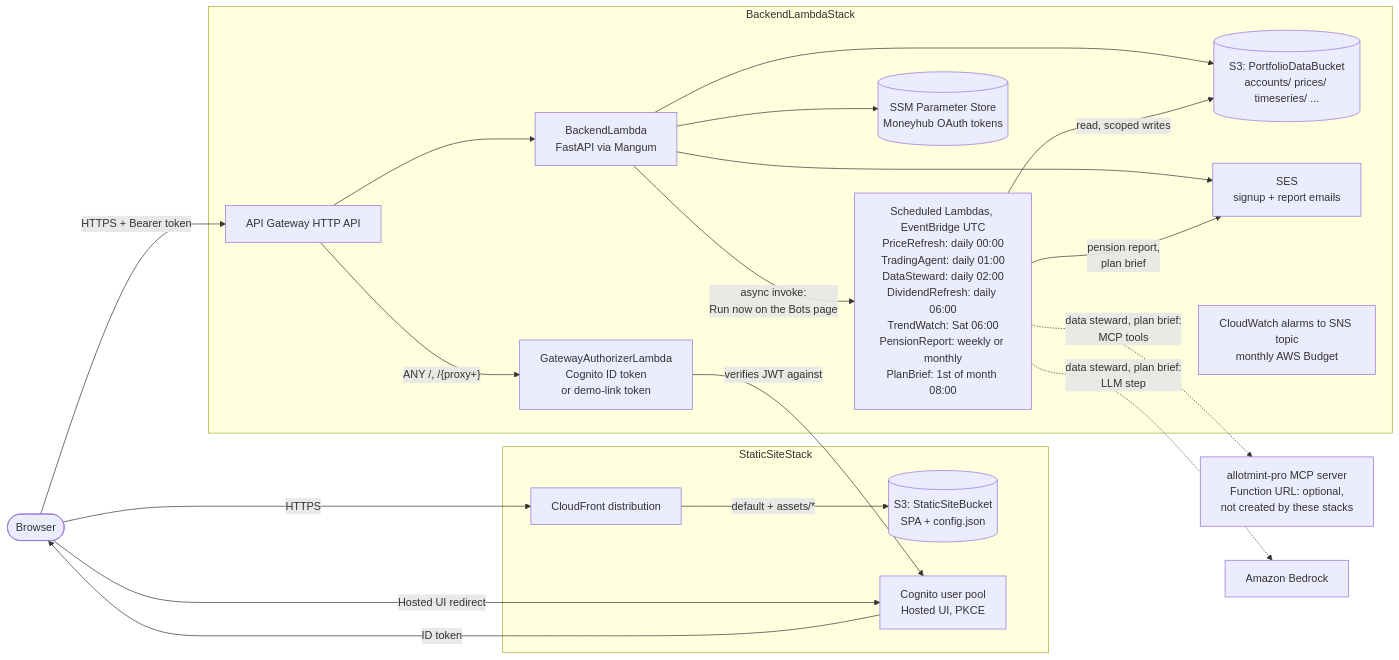
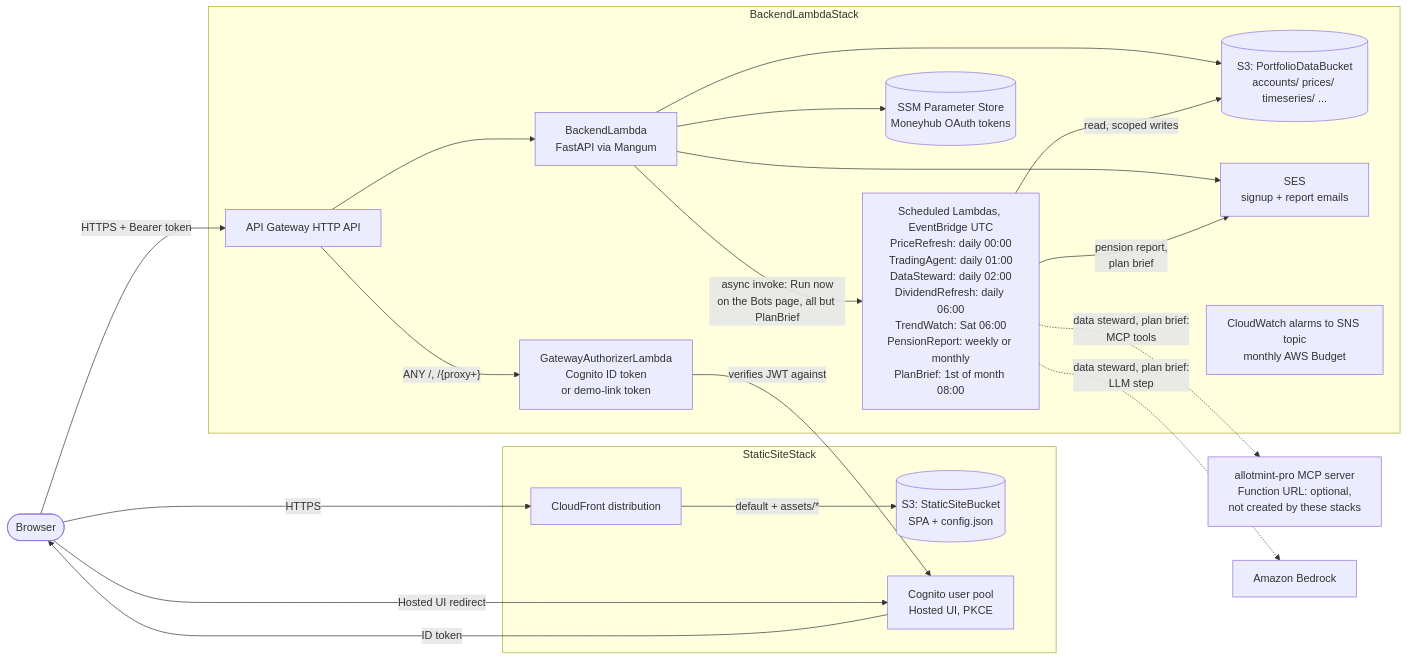
One commit to leonarduk/allotmint changed the third of 4 diagrams in README.md. Above: the diagram before and after it, drawn with Mermaid. The commit also changed other lines of this file, not shown here.

Commit message:
docs(readme): name which bots use MCP and which Lambdas Run now invokes (#10644)
Addresses DeepSeek review on #10648: data steward, trend watch and plan
brief call MCP tools (backend/*/agent.py, data_steward/service.py); Run
now dispatches every scheduled Lambda except PlanBrief
(backend_lambda_stack.py bot_lambdas).

````diff
--- a/README.md
+++ b/README.md
@@ -178,41 +178,41 @@
 ```mermaid
 flowchart LR
     Browser(["Browser"])
 
     subgraph StaticSiteStack["StaticSiteStack"]
         CF["CloudFront distribution"]
         S3Static[("S3: StaticSiteBucket<br/>SPA + config.json")]
         Cognito["Cognito user pool<br/>Hosted UI, PKCE"]
     end
 
     subgraph BackendLambdaStack["BackendLambdaStack"]
         APIGW["API Gateway HTTP API"]
         Authorizer["GatewayAuthorizerLambda<br/>Cognito ID token<br/>or demo-link token"]
         Lambda["BackendLambda<br/>FastAPI via Mangum"]
         Scheduled["Scheduled Lambdas, EventBridge UTC<br/>PriceRefresh: daily 00:00<br/>TradingAgent: daily 01:00<br/>DataSteward: daily 02:00<br/>DividendRefresh: daily 06:00<br/>TrendWatch: Sat 06:00<br/>PensionReport: weekly or monthly<br/>PlanBrief: 1st of month 08:00"]
         S3Data[("S3: PortfolioDataBucket<br/>accounts/ prices/ timeseries/ ...")]
         SSM[("SSM Parameter Store<br/>Moneyhub OAuth tokens")]
         SES["SES<br/>signup + report emails"]
         Ops["CloudWatch alarms to SNS topic<br/>monthly AWS Budget"]
     end
 
     McpExt["allotmint-pro MCP server<br/>Function URL: optional,<br/>not created by these stacks"]
     Bedrock["Amazon Bedrock"]
 
     Browser -- "HTTPS" --> CF
     CF -- "default + assets/*" --> S3Static
     Browser -- "Hosted UI redirect" --> Cognito
     Cognito -- "ID token" --> Browser
     Browser -- "HTTPS + Bearer token" --> APIGW
     APIGW -- "ANY /, /{proxy+}" --> Authorizer
     Authorizer -- "verifies JWT against" --> Cognito
     APIGW --> Lambda
     Lambda --> S3Data
     Lambda --> SSM
     Lambda --> SES
-    Lambda -- "async invoke:<br/>Run now on the Bots page" --> Scheduled
+    Lambda -- "async invoke: Run now<br/>on the Bots page, all but PlanBrief" --> Scheduled
     Scheduled -- "read, scoped writes" --> S3Data
     Scheduled -- "pension report,<br/>plan brief" --> SES
     Scheduled -. "data steward, plan brief:<br/>MCP tools" .-> McpExt
     Scheduled -. "data steward, plan brief:<br/>LLM step" .-> Bedrock
 ```
````
